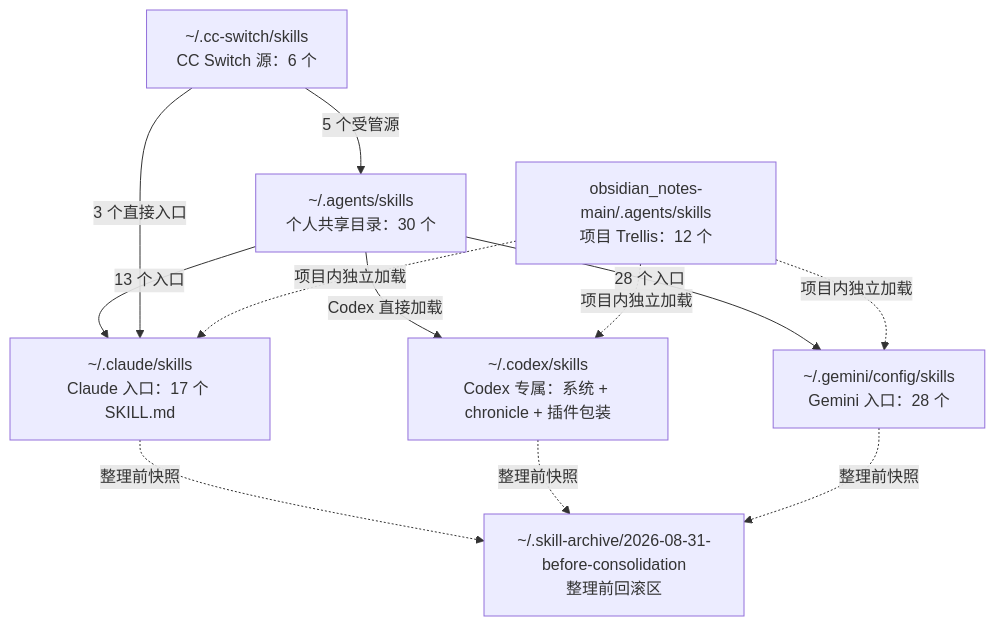
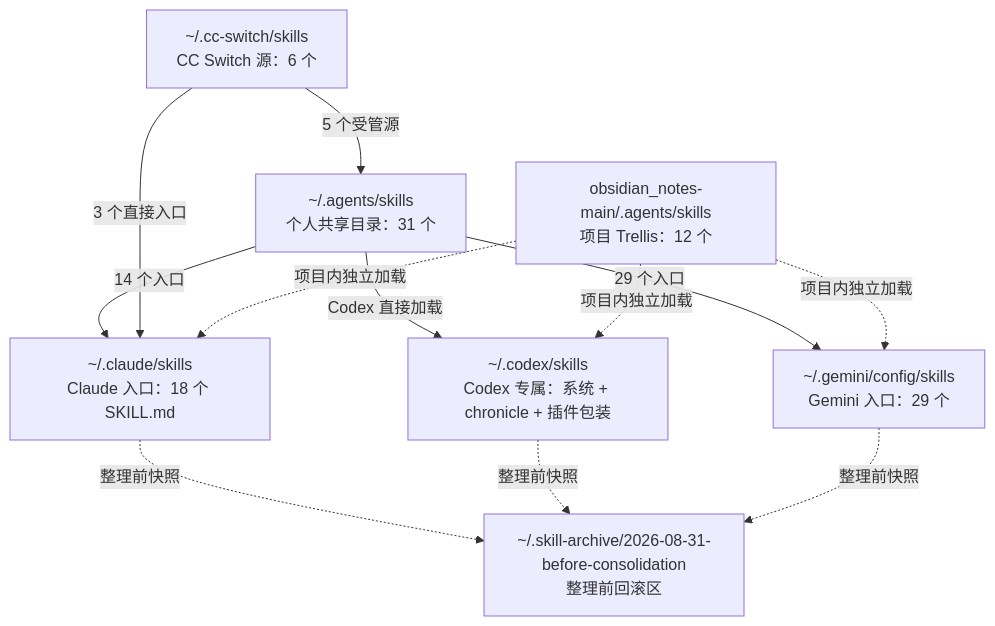
One commit to 495229520/obsidian_notes changed the diagram in 0.ai 编程/1. claude/skills参考目录.md. Above: the diagram before and after it, drawn with Mermaid. The commit also changed other lines of this file and 14 other files, not shown here.

````diff
--- a/0.ai 编程/1. claude/skills参考目录.md
+++ b/0.ai 编程/1. claude/skills参考目录.md
@@ -22,22 +22,22 @@
 ```mermaid
 flowchart TD
-    A["~/.agents/skills<br/>个人共享目录：30 个"]
+    A["~/.agents/skills<br/>个人共享目录：31 个"]
     C["~/.cc-switch/skills<br/>CC Switch 源：6 个"]
-    CL["~/.claude/skills<br/>Claude 入口：17 个 SKILL.md"]
+    CL["~/.claude/skills<br/>Claude 入口：18 个 SKILL.md"]
     CO["~/.codex/skills<br/>Codex 专属：系统 + chronicle + 插件包装"]
-    GE["~/.gemini/config/skills<br/>Gemini 入口：28 个"]
+    GE["~/.gemini/config/skills<br/>Gemini 入口：29 个"]
     PR["obsidian_notes-main/.agents/skills<br/>项目 Trellis：12 个"]
     AR["~/.skill-archive/2026-08-31-before-consolidation<br/>整理前回滚区"]
 
     C -->|5 个受管源| A
-    A -->|13 个入口| CL
+    A -->|14 个入口| CL
     C -->|3 个直接入口| CL
     A -->|Codex 直接加载| CO
-    A -->|28 个入口| GE
+    A -->|29 个入口| GE
     PR -.项目内独立加载.-> CO
     PR -.项目内独立加载.-> CL
     PR -.项目内独立加载.-> GE
     CL -.整理前快照.-> AR
     CO -.整理前快照.-> AR
     GE -.整理前快照.-> AR
 ```
````
